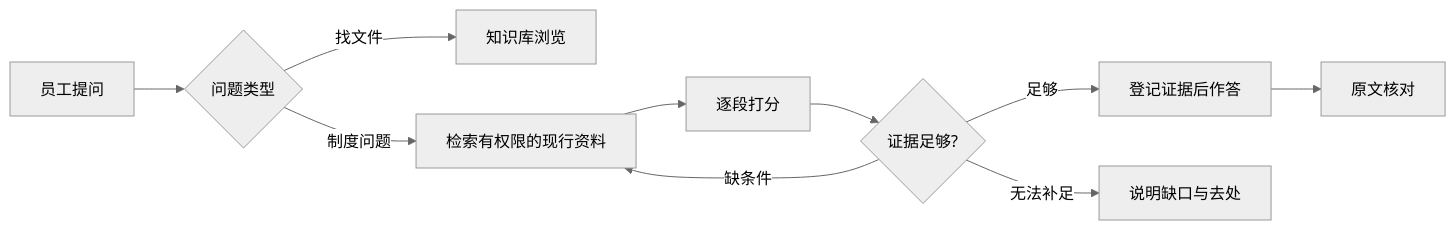
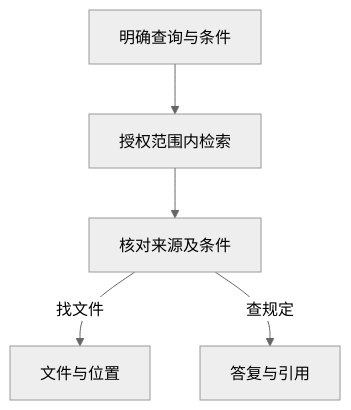
One commit to xmili233/enterprise-knowledge-agent changed the diagram in src/content/design/overview.md. Above: the diagram before and after it, drawn with Mermaid (neutral theme). The commit also changed other lines of this file and 12 other files, not shown here.

First line of the commit message:
Correct knowledge guide query flow and evidence boundaries

````diff
--- a/src/content/design/overview.md
+++ b/src/content/design/overview.md
@@ -9,12 +13,7 @@
 ```mermaid
-flowchart LR
-  Q[员工提问] --> P{问题类型}
-  P -->|找文件| L[知识库浏览]
-  P -->|制度问题| S[检索有权限的现行资料]
-  S --> E[逐段打分]
-  E --> G{证据足够?}
-  G -->|缺条件| S
-  G -->|足够| A[登记证据后作答]
-  G -->|无法补足| N[说明缺口与去处]
-  A --> V[原文核对]
+flowchart TB
+  Q[明确查询与条件] --> S[授权范围内检索]
+  S --> E[核对来源及条件]
+  E -->|找文件| F[文件与位置]
+  E -->|查规定| A[答复与引用]
 ```
````
